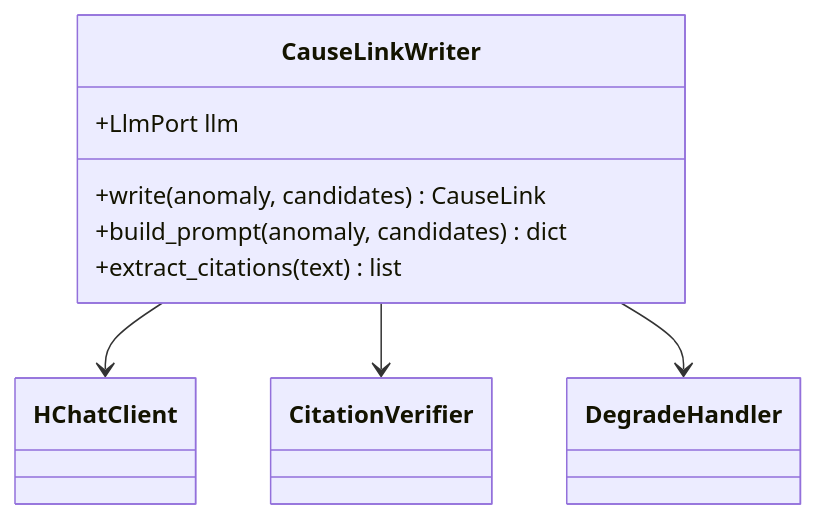
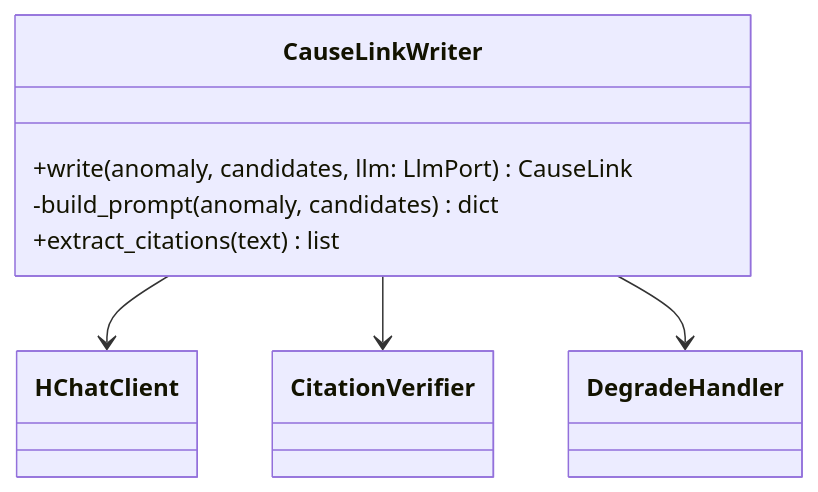
One commit to HoyoungParkme/tableau_platform changed diagram 18 of 29 in docs/specs/06-DOM/TBL-DOM-002.md. Above: the diagram before and after it, drawn with Mermaid. The commit also changed other lines of this file, not shown here.

Commit message:
교차 검증 지적 반영: A 리포트 열람 경로(read_report_document·publish_a_report) 신설, 도메인 상태 신호등을 5단계 판정 산출물로 확정(build_domain_status), 클래스 다이어그램을 MS 시그니처에 맞춤(공개·사설 조정, 반환형·llm 인자), 3장 대괄호 참조 정정, 개정 서술을 현재 상태 서술로 교체

````diff
--- a/docs/specs/06-DOM/TBL-DOM-002.md
+++ b/docs/specs/06-DOM/TBL-DOM-002.md
@@ -745,12 +758,11 @@
 ```mermaid
 classDiagram
   class CauseLinkWriter {
-    +LlmPort llm
-    +write(anomaly, candidates) CauseLink
-    +build_prompt(anomaly, candidates) dict
+    +write(anomaly, candidates, llm: LlmPort) CauseLink
+    -build_prompt(anomaly, candidates) dict
     +extract_citations(text) list
   }
   CauseLinkWriter --> HChatClient
   CauseLinkWriter --> CitationVerifier
   CauseLinkWriter --> DegradeHandler
 ```
````
